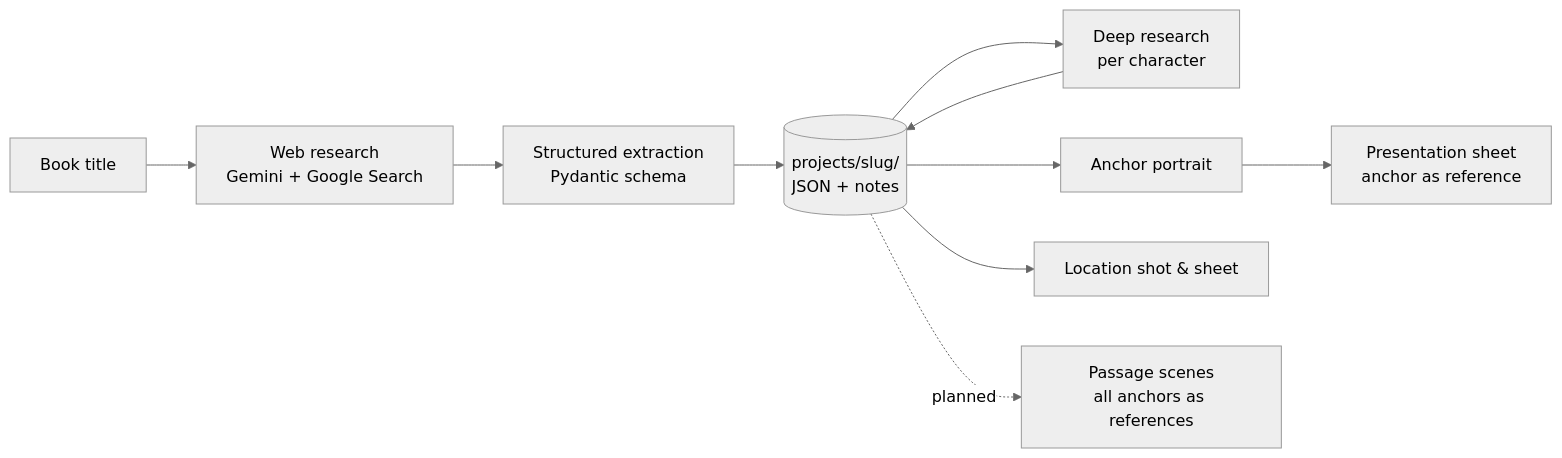
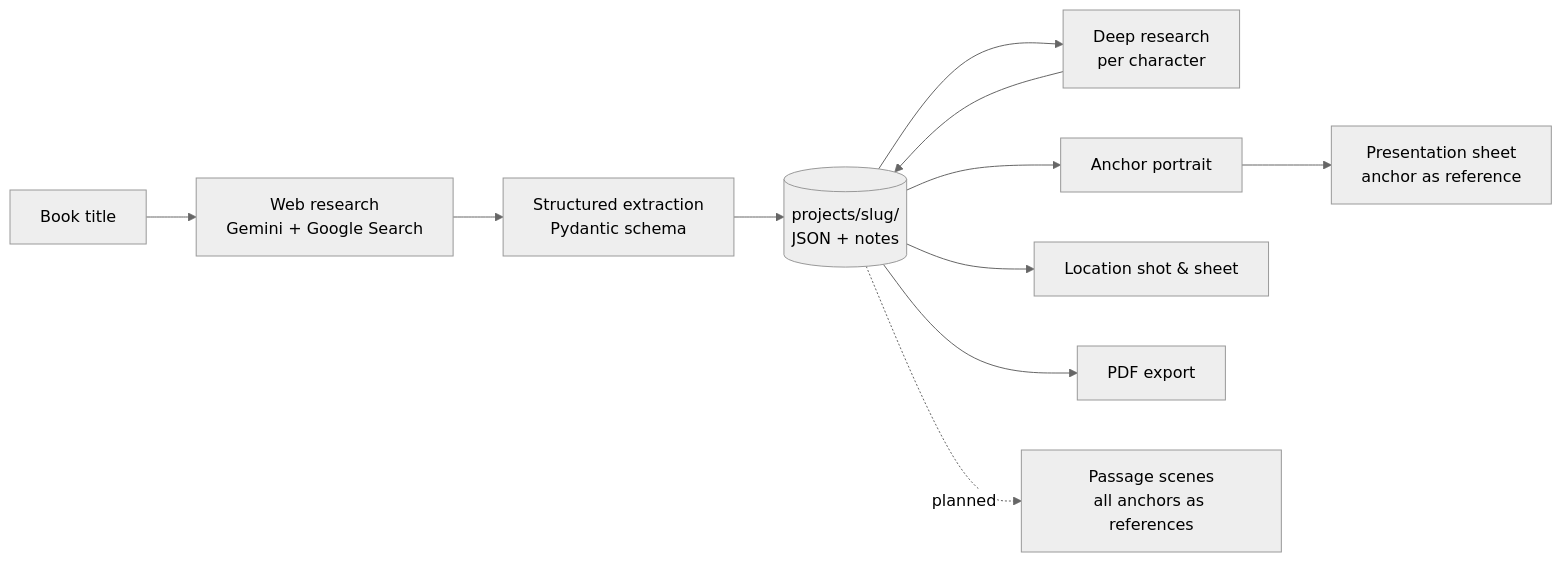
One commit to JohnBetaCode/Once_Upon_a_Time changed the diagram in README.md. Above: the diagram before and after it, drawn with Mermaid (neutral theme). The commit also changed other lines of this file and 11 other files, not shown here.

First line of the commit message:
Add PDF export of the project state

````diff
--- a/README.md
+++ b/README.md
@@ -40,12 +47,13 @@
 ```mermaid
 flowchart LR
     A[Book title] --> B[Web research<br/>Gemini + Google Search]
     B --> C[Structured extraction<br/>Pydantic schema]
     C --> D[(projects/slug/<br/>JSON + notes)]
     D --> E[Deep research<br/>per character]
     E --> D
     D --> F[Anchor portrait]
     F --> G[Presentation sheet<br/>anchor as reference]
     D --> H[Location shot & sheet]
+    D --> J[PDF export]
     D -.planned.-> I[Passage scenes<br/>all anchors as references]
 ```
````
